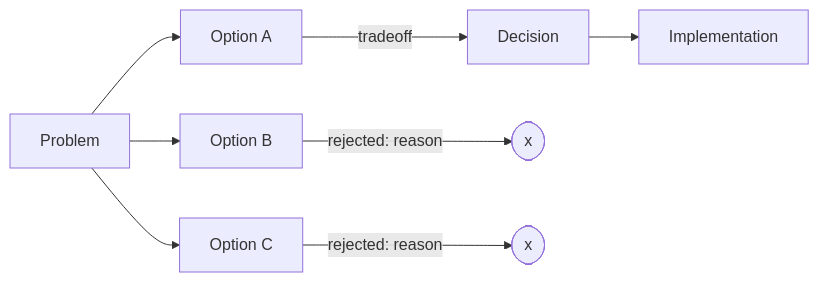
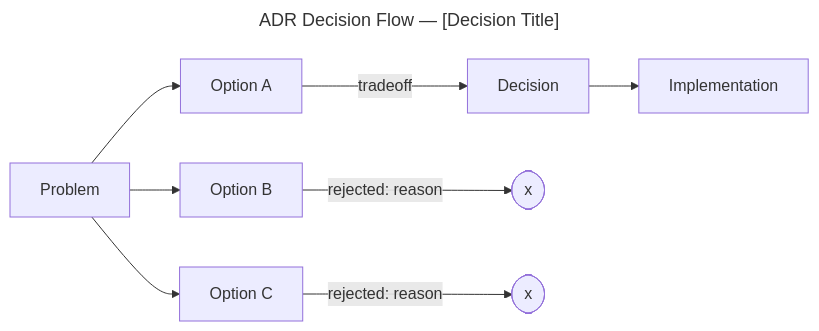
The diagram in skills/domain/diagram-methodology/templates/adr-arch.mmd (astragenie/dev-team), drawn with Mermaid before and after one commit. The commit also changed 2 other files, not shown here.

Commit message:
fix(SLICE-53): collapse duplicate routing-table row, add adr-arch title, document C4 prerequisite

```diff
--- a/skills/domain/diagram-methodology/templates/adr-arch.mmd
+++ b/skills/domain/diagram-methodology/templates/adr-arch.mmd
@@ -1,8 +1,11 @@
+---
+title: ADR Decision Flow — [Decision Title]
+---
 flowchart LR
   P[Problem] --> O1[Option A]
   P --> O2[Option B]
   P --> O3[Option C]
   O1 -- tradeoff --> D[Decision]
   O2 -- rejected: reason --> X1([x])
   O3 -- rejected: reason --> X2([x])
   D --> I[Implementation]
```
